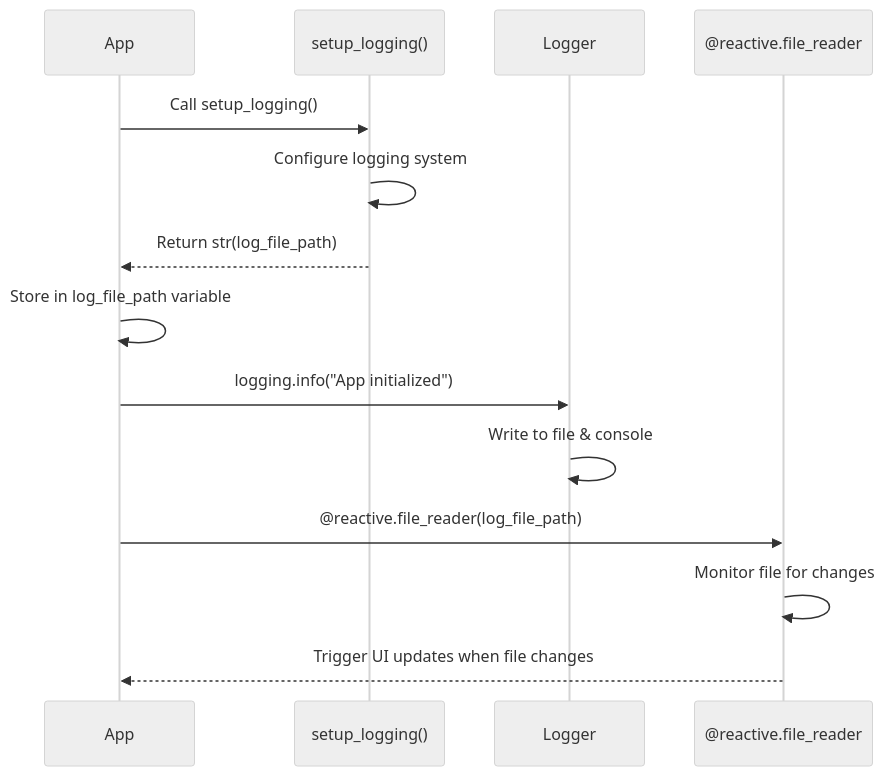
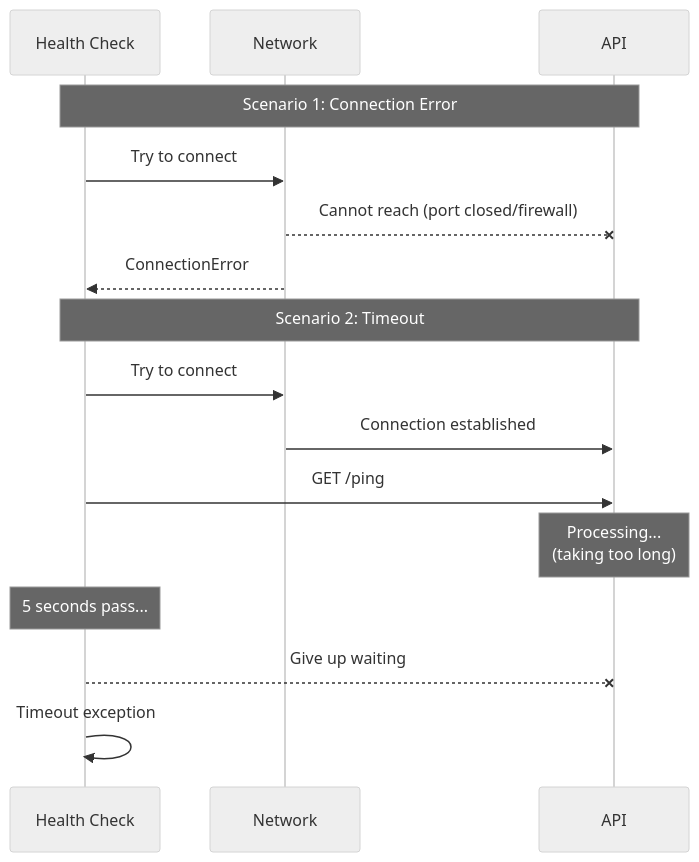
Diagram 14 of 15 in app-log-py.qmd (mjfrigaard/do4ds-labs), drawn with Mermaid before and after one commit. The commit also changed other lines of this file and 13 other files, not shown here.

Commit message:
updates to mermaid diagrams

````diff
--- a/app-log-py.qmd
+++ b/app-log-py.qmd
@@ -1497,24 +1583,26 @@
 ```{mermaid}
-%%| fig-cap: 'Python logging app'
+%%| fig-cap: 'Timeout vs. connection error'
 %%| fig-width: 7.0
 %%| fig-align: center
 %%{init: {'theme': 'neutral', 'look': 'handDrawn', 'themeVariables': { 'fontFamily': 'monospace'}}}%%
 
 sequenceDiagram
-    participant Main as App
-    participant Setup as setup_logging()
-    participant Logger as Logger
-    participant FileReader as @reactive.file_reader
-
-    Main->>Setup: Call setup_logging()
-    Setup->>Setup: Configure logging system
-    Setup-->>Main: Return str(log_file_path)
+    participant App as Health Check
+    participant Network
+    participant API
     
-    Main->>Main: Store in log_file_path variable
-    Main->>Logger: logging.info("App initialized")
-    Logger->>Logger: Write to file & console
+    Note over App,API: Scenario 1: Connection Error
+    App->>Network: Try to connect
+    Network--xAPI: Cannot reach (port closed/firewall)
+    Network-->>App: ConnectionError
     
-    Main->>FileReader: @reactive.file_reader(log_file_path)
-    FileReader->>FileReader: Monitor file for changes
-    FileReader-->>Main: Trigger UI updates when file changes
+    Note over App,API: Scenario 2: Timeout
+    App->>Network: Try to connect
+    Network->>API: Connection established
+    App->>API: GET /ping
+    Note over API: Processing...<br/>(taking too long)
+    Note over App: 5 seconds pass...
+    App--xAPI: Give up waiting
+    App->>App: Timeout exception
+    
 ```
````
